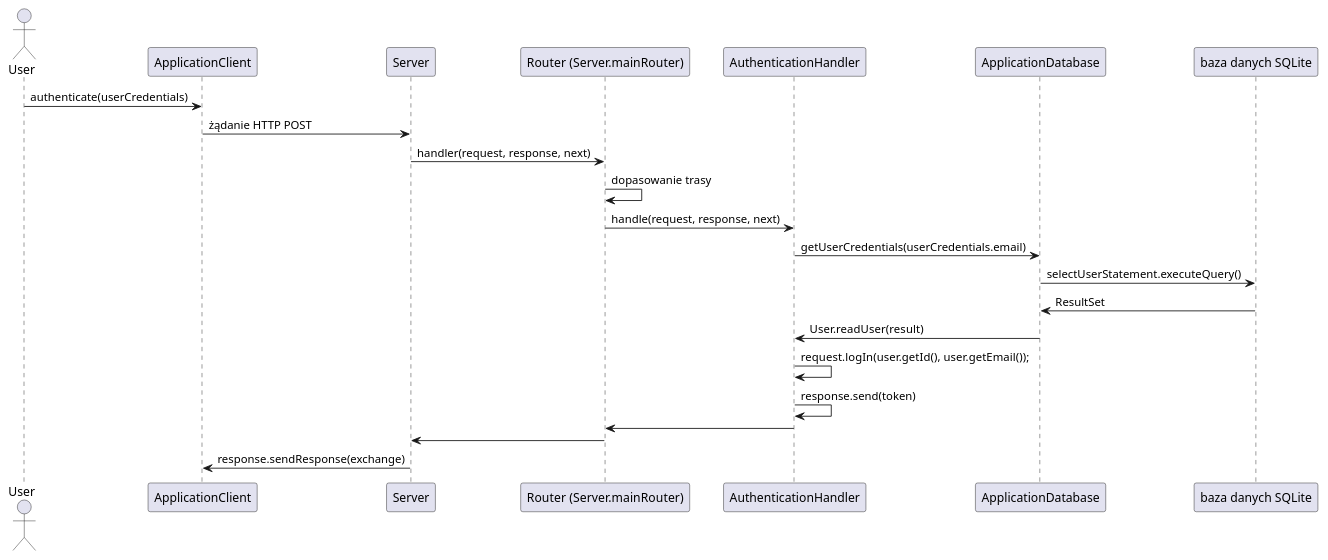
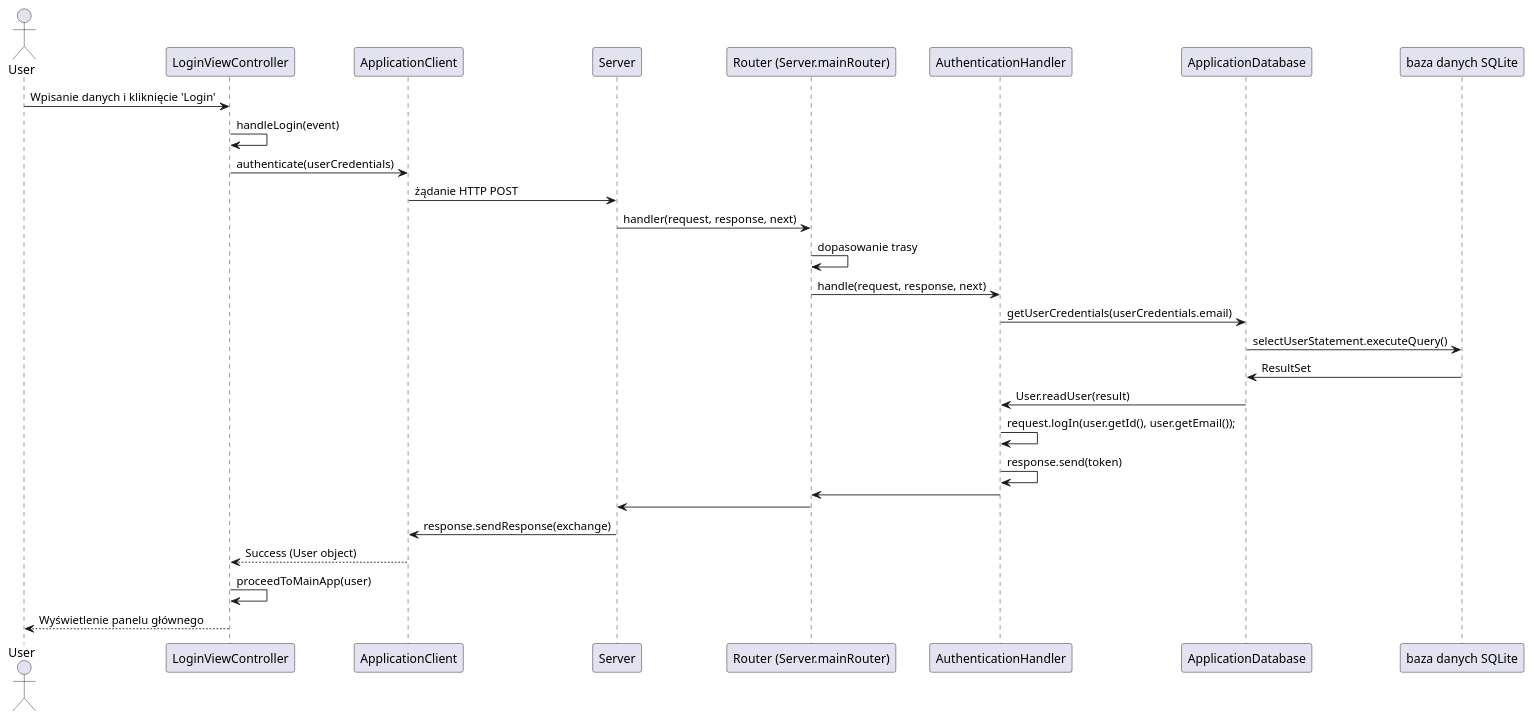
One commit to Mac14101/po2025 changed the second of 5 diagrams in readme.md. Above: the diagram before and after it, drawn with PlantUML. The commit also changed other lines of this file, not shown here.

Commit message:
uzupelnienie diagramow o GUI

````diff
--- a/readme.md
+++ b/readme.md
@@ -68,25 +68,32 @@
 ```plantuml
 @startuml
 actor User
+participant "LoginViewController" as GUI
 participant ApplicationClient
 participant Server
 participant Router as "Router (Server.mainRouter)"
 participant AuthenticationHandler
 participant ApplicationDatabase
 participant Database as "baza danych SQLite"
-User -> ApplicationClient : authenticate(userCredentials)
+
+User -> GUI : Wpisanie danych i kliknięcie 'Login'
+GUI -> GUI : handleLogin(event)
+GUI -> ApplicationClient : authenticate(userCredentials)
 ApplicationClient -> Server : żądanie HTTP POST
 Server -> Router : handler(request, response, next)
 Router -> Router : dopasowanie trasy
 Router -> AuthenticationHandler : handle(request, response, next)
 AuthenticationHandler -> ApplicationDatabase : getUserCredentials(userCredentials.email)
 ApplicationDatabase -> Database : selectUserStatement.executeQuery()
 Database -> ApplicationDatabase : ResultSet
 ApplicationDatabase -> AuthenticationHandler : User.readUser(result)
 AuthenticationHandler -> AuthenticationHandler : request.logIn(user.getId(), user.getEmail());
 AuthenticationHandler -> AuthenticationHandler : response.send(token)
 AuthenticationHandler -> Router
 Router -> Server
 Server -> ApplicationClient : response.sendResponse(exchange)
+ApplicationClient --> GUI : Success (User object)
+GUI -> GUI : proceedToMainApp(user)
+GUI --> User : Wyświetlenie panelu głównego
 @enduml
 ```
````
